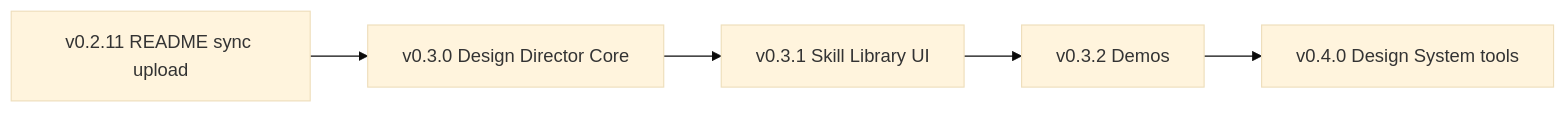
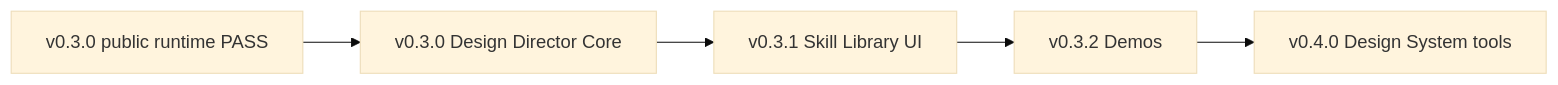
The diagram in docs/DMCTN_TASTE_SKILL_NEXT_UPGRADE_PLAN.md (dienlanhvietnam-lang/dmctn-taste-skill), drawn with Mermaid (base theme) before and after one commit. The commit also changed other lines of this file and 10 other files, not shown here.

````diff
--- a/docs/DMCTN_TASTE_SKILL_NEXT_UPGRADE_PLAN.md
+++ b/docs/DMCTN_TASTE_SKILL_NEXT_UPGRADE_PLAN.md
@@ -83,7 +83,7 @@
 ```mermaid
 flowchart LR
-  A[v0.2.11 README sync upload] --> B[v0.3.0 Design Director Core]
+  A[v0.3.0 public runtime PASS] --> B[v0.3.0 Design Director Core]
   B --> C[v0.3.1 Skill Library UI]
   C --> D[v0.3.2 Demos]
   D --> E[v0.4.0 Design System tools]
 ```
````
